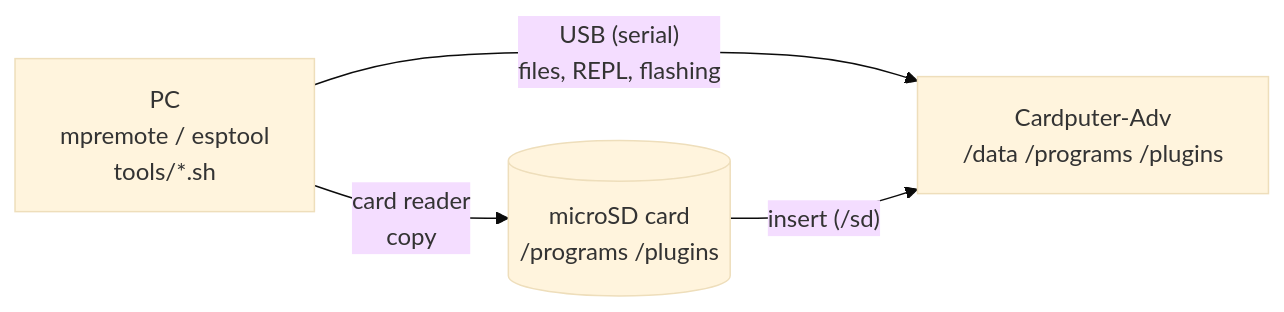
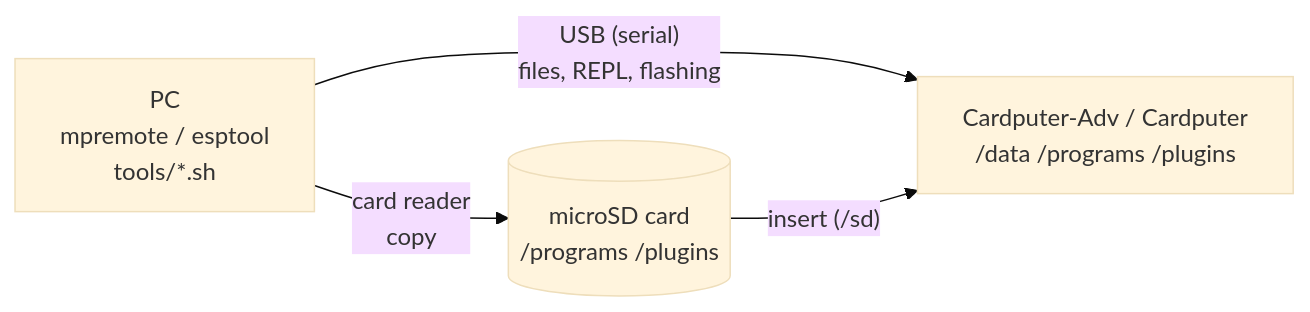
Before and after one commit to MinoruInachi/card-gcalc: the diagram in doc/pc.md, drawn with Mermaid (base theme). The commit also changed other lines of this file and 31 other files, not shown here.

````diff
--- a/doc/pc.md
+++ b/doc/pc.md
@@ -7,9 +7,9 @@
 ```mermaid
 flowchart LR
     PC["PC<br/>mpremote / esptool<br/>tools/*.sh"]
-    DEV["Cardputer-Adv<br/>/data /programs /plugins"]
+    DEV["Cardputer-Adv / Cardputer<br/>/data /programs /plugins"]
     SD[("microSD card<br/>/programs /plugins")]
     PC -- "USB (serial)<br/>files, REPL, flashing" --> DEV
     PC -- "card reader<br/>copy" --> SD
     SD -- "insert (/sd)" --> DEV
 ```
````
